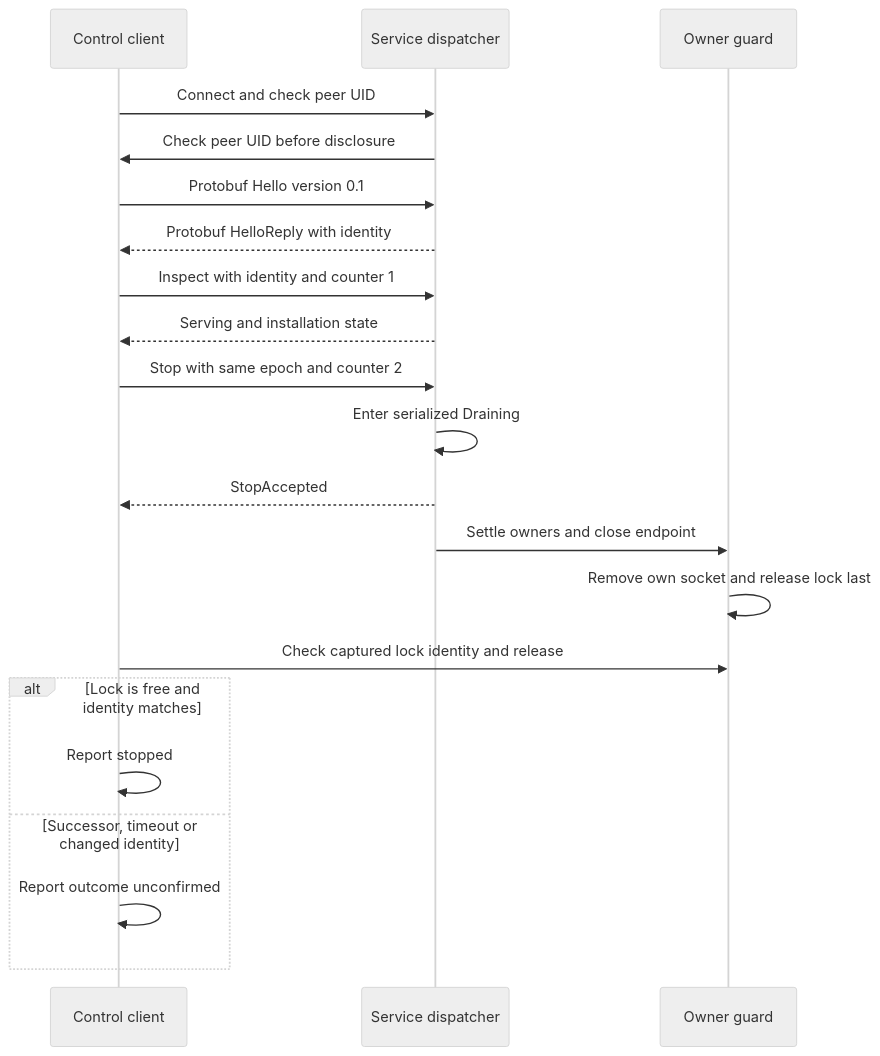
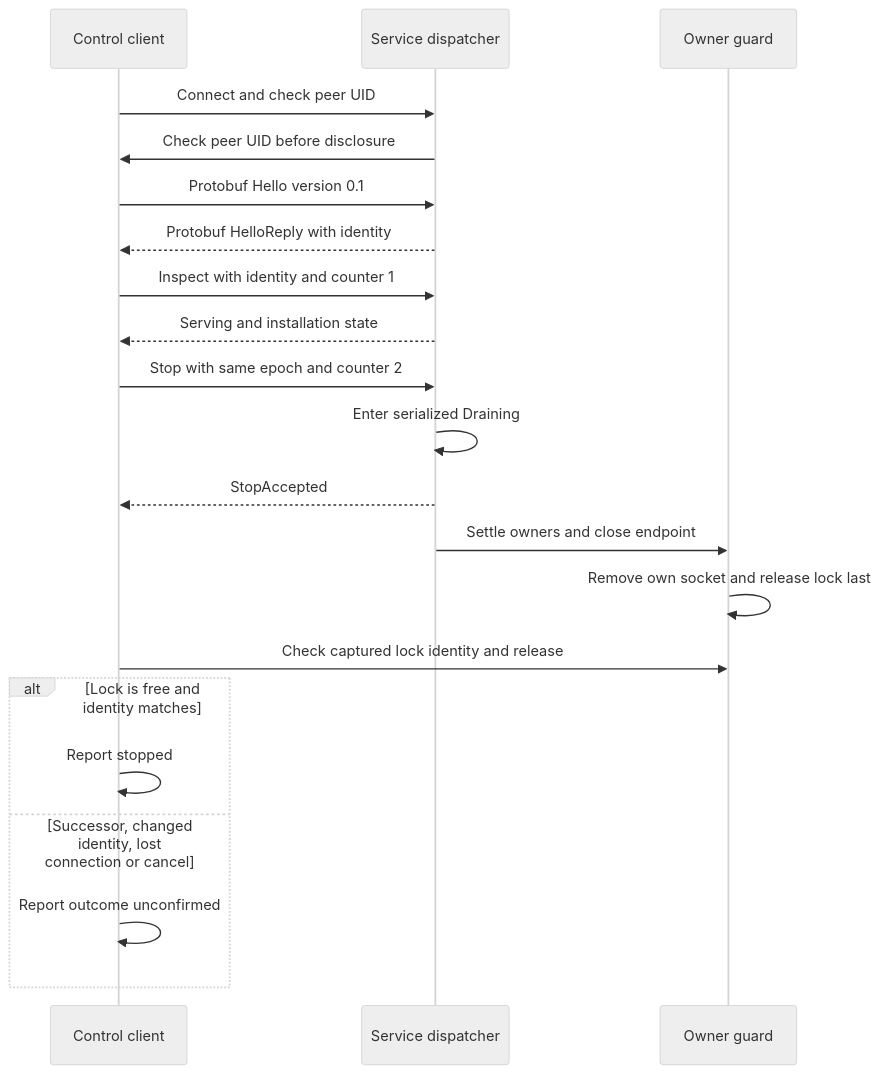
One commit to pidster/asura changed the fifth of 5 diagrams in docs/designs/system-architecture.md. Above: the diagram before and after it, drawn with Mermaid (neutral theme). The commit also changed other lines of this file and 39 other files, not shown here.

````diff
--- a/docs/designs/system-architecture.md
+++ b/docs/designs/system-architecture.md
@@ -690,23 +715,23 @@
 ```mermaid
 sequenceDiagram
     participant C as Control client
     participant S as Service dispatcher
     participant G as Owner guard
     C->>S: Connect and check peer UID
     S->>C: Check peer UID before disclosure
     C->>S: Protobuf Hello version 0.1
     S-->>C: Protobuf HelloReply with identity
     C->>S: Inspect with identity and counter 1
     S-->>C: Serving and installation state
     C->>S: Stop with same epoch and counter 2
     S->>S: Enter serialized Draining
     S-->>C: StopAccepted
     S->>G: Settle owners and close endpoint
     G->>G: Remove own socket and release lock last
     C->>G: Check captured lock identity and release
     alt Lock is free and identity matches
         C->>C: Report stopped
-    else Successor, timeout or changed identity
+    else Successor, changed identity, lost connection or cancel
         C->>C: Report outcome unconfirmed
     end
 ```
````
